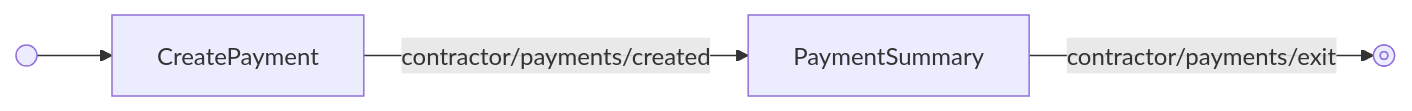
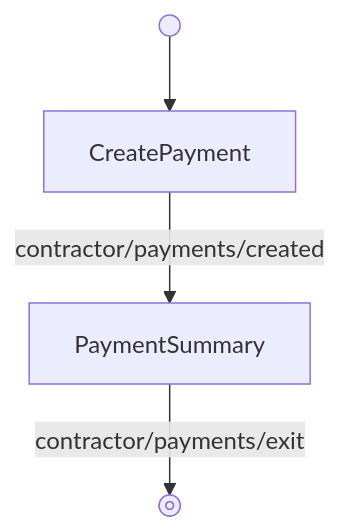
The diagram in src/components/Contractor/Payments/CreatePaymentFlow/GUIDE.md (Gusto/embedded-react-sdk), drawn with Mermaid before and after one commit. The commit also changed 1 other file, not shown here.

Commit message:
docs(PaymentFlow): fix CreatePaymentFlow/ViewHistoryFlow step-flow diagrams
Per .claude/doc-guides/flows.md diagram guidance:

- CreatePaymentFlow is a guided flow (linear, real exit) — switch its
  diagram from LR to TD.
- ViewHistoryFlow: contractor/payments/cancel doesn't exit the flow —
  traced to PaymentHistory.handleCancelPayment, which just refetches and
  stays on PaymentHistory. Drop the done node/edge; this flow has no exit.
  Split the PaymentHistory<->PaymentStatement edge into its two real,
  distinct events (view/details forward, breadcrumb/navigate back)
  instead of one bidirectional edge showing only the forward label.
  Corrected prose that mischaracterized cancel as exiting "the group
  outright."

These flows stay @alpha and excluded from the generated reference, so
there's no docs/reference diff to regenerate.

````diff
--- a/src/components/Contractor/Payments/CreatePaymentFlow/GUIDE.md
+++ b/src/components/Contractor/Payments/CreatePaymentFlow/GUIDE.md
@@ -9,6 +9,6 @@
 ```mermaid
-flowchart LR
+flowchart TD
   start@{ shape: sm-circ } --> CreatePayment
   CreatePayment -->|"contractor/payments/created"| PaymentSummary
   PaymentSummary -->|"contractor/payments/exit"| done@{ shape: fr-circ, label: " " }
 ```
````
